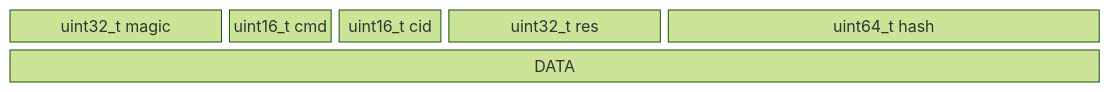
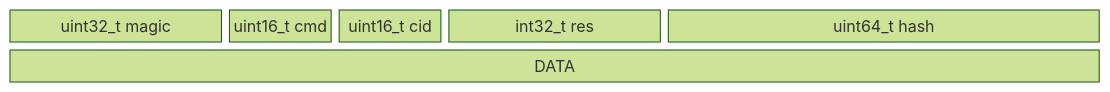
Before and after one commit to rawstor/rawstor_docs: the third of 3 diagrams in Protocol.md, drawn with Mermaid (forest theme). The commit also changed other lines of this file, not shown here.

````diff
--- a/Protocol.md
+++ b/Protocol.md
@@ -47,6 +47,6 @@
 ```mermaid
 block-beta
   columns 10
-  0["uint32_t magic"]:2 a["uint16_t cmd"]:1 aa["uint16_t cid"]:1 c["uint32_t res"]:2 d["uint64_t hash"]:4
+  0["uint32_t magic"]:2 a["uint16_t cmd"]:1 aa["uint16_t cid"]:1 c["int32_t res"]:2 d["uint64_t hash"]:4
   cc["DATA"]:10
 ```
````
